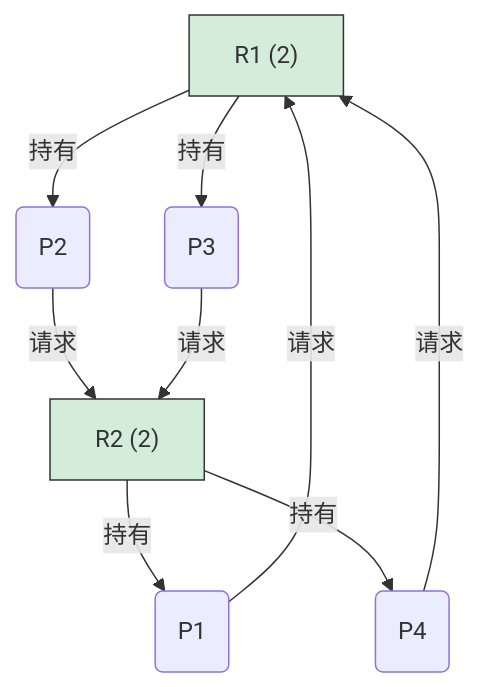
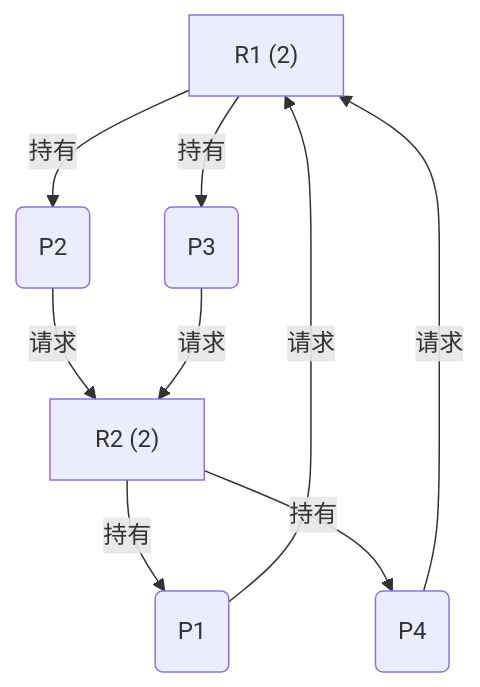
One commit to EmptyBlueBox/Blog changed the second of 16 diagrams in src/content/post/operating_systems_note_11-zh.mdx. Above: the diagram before and after it, drawn with Mermaid. The commit also changed other lines of this file, not shown here.

````diff
--- a/src/content/post/operating_systems_note_11-zh.mdx
+++ b/src/content/post/operating_systems_note_11-zh.mdx
@@ -160,22 +156,19 @@
 ```mermaid
 graph TD
     R1["R1 (2)"]
     R2["R2 (2)"]
     P1(P1)
     P2(P2)
     P3(P3)
     P4(P4)
 
     R2 --"持有"--> P1
     R1 --"持有"--> P2
     R1 --"持有"--> P3
     R2 --"持有"--> P4
 
     P1 --"请求"--> R1
     P2 --"请求"--> R2
     P3 --"请求"--> R2
     P4 --"请求"--> R1
-
-    style R1 shape:rectangle,fill:#d4edda,stroke:#333
-    style R2 shape:rectangle,fill:#d4edda,stroke:#333
 ```
````
